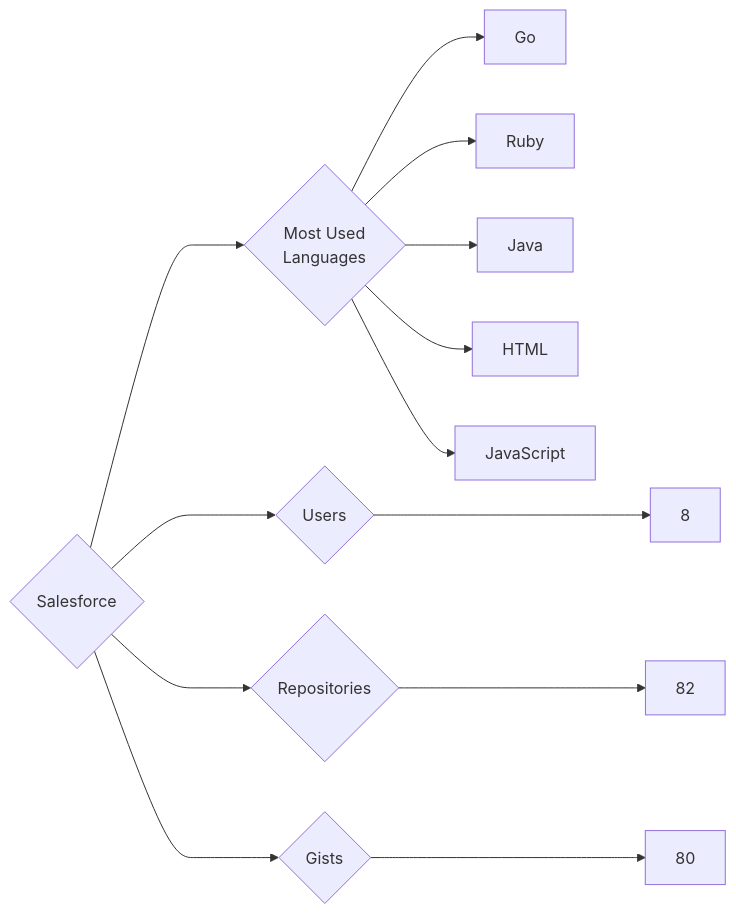
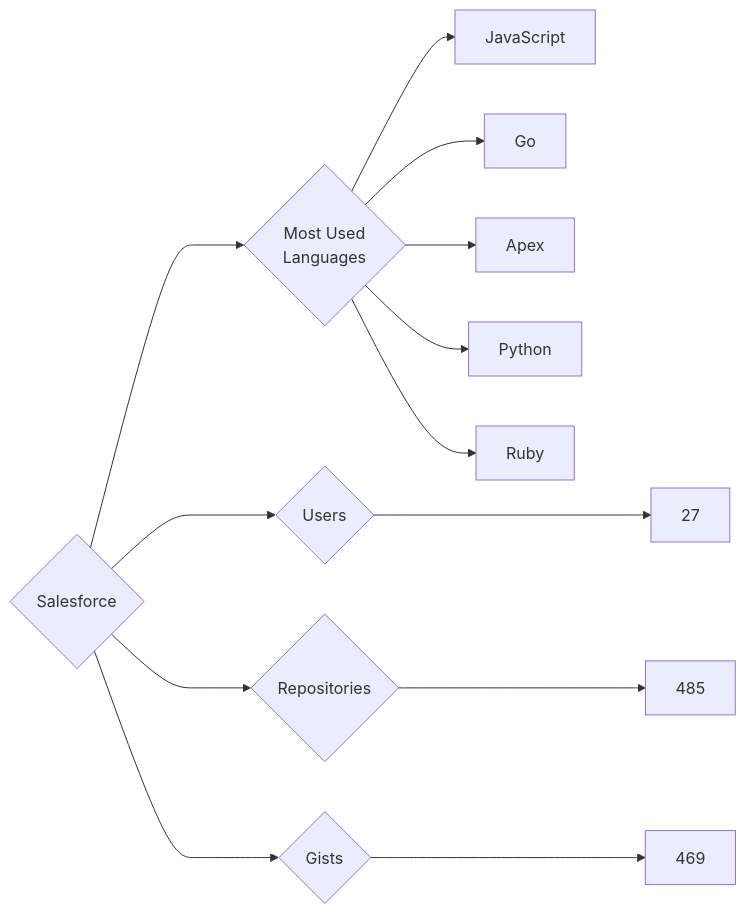
The diagram in targets/Salesforce/README.md (trickest/insiders), drawn with Mermaid before and after one commit. The commit also changed 928 other files, not shown here.

````diff
--- a/targets/Salesforce/README.md
+++ b/targets/Salesforce/README.md
@@ -3,13 +3,13 @@
 ```mermaid
 graph LR
 COMPANY_NAME{Salesforce}
-COMPANY_NAME ---> U{Users} ---> UN[8]
-COMPANY_NAME ---> R{Repositories} ---> RN[82]
-COMPANY_NAME ---> G{Gists} ---> GN[80]
+COMPANY_NAME ---> U{Users} ---> UN[27]
+COMPANY_NAME ---> R{Repositories} ---> RN[485]
+COMPANY_NAME ---> G{Gists} ---> GN[469]
 COMPANY_NAME ---> ML{Most Used<br>Languages}
+ML --> JavaScript[JavaScript]
 ML --> Go[Go]
+ML --> Apex[Apex]
+ML --> Python[Python]
 ML --> Ruby[Ruby]
-ML --> Java[Java]
-ML --> HTML[HTML]
-ML --> JavaScript[JavaScript]
 ```
````
